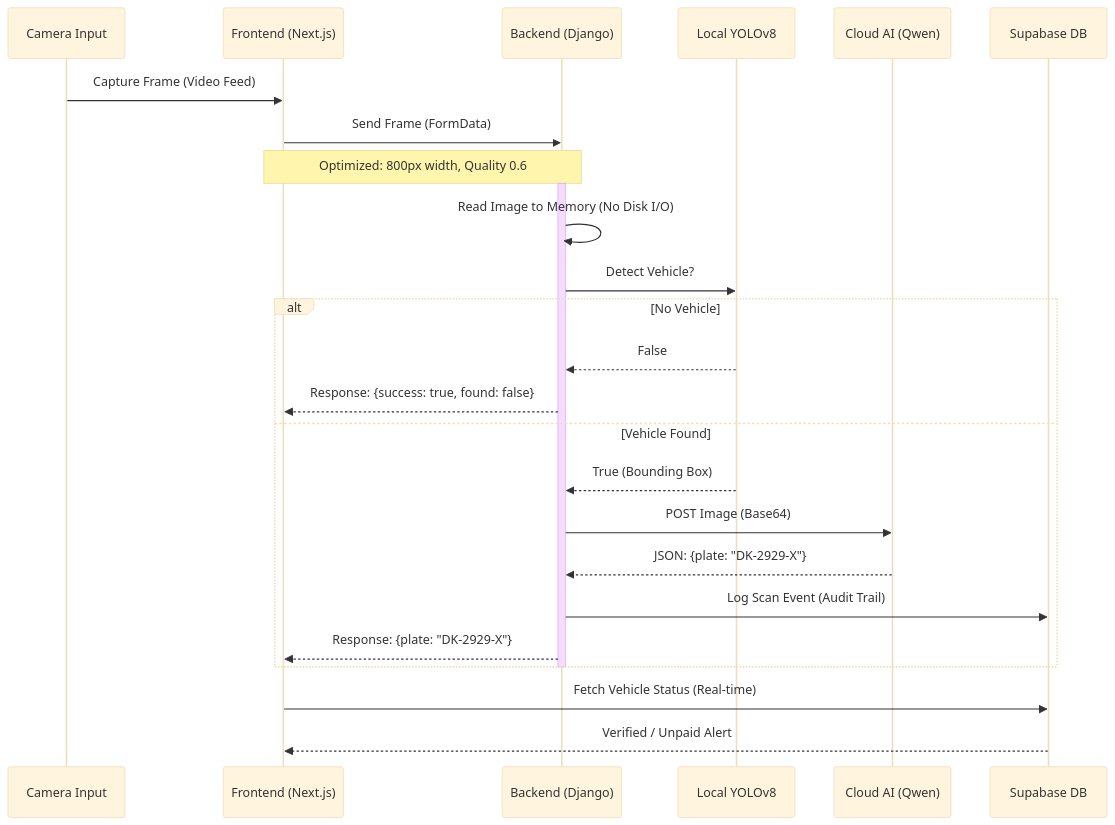
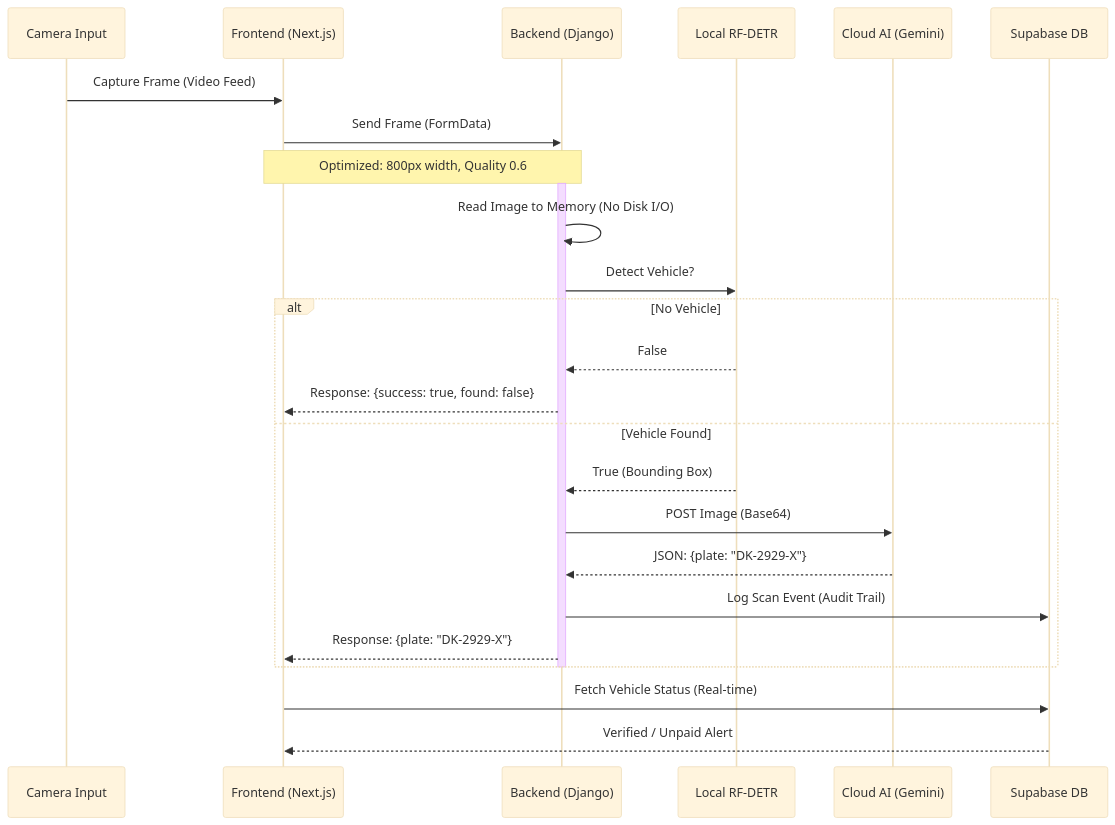
Before and after one commit to utachicodes/taxi-checkpoint-system: the diagram in TECHNICAL_REPORT.md, drawn with Mermaid (base theme). The commit also changed other lines of this file and 105 other files, not shown here.

Commit message:
Refactor LPR application to use Gemini API instead of Qwen3-VL. Update environment variables and configuration settings accordingly. Clean up build manifests and remove unused files. Add metrics state JSON file for tracking processing statistics.

````diff
--- a/TECHNICAL_REPORT.md
+++ b/TECHNICAL_REPORT.md
@@ -62,32 +62,33 @@
 ```mermaid
 sequenceDiagram
     participant Cam as Camera Input
     participant FE as Frontend (Next.js)
     participant BE as Backend (Django)
-    participant YOLO as Local YOLOv8
-    participant Cloud as Cloud AI (Qwen)
+    participant RFDETR as Local RF-DETR
+    participant Gemini as Cloud AI (Gemini)
     participant DB as Supabase DB
 
     Cam->>FE: Capture Frame (Video Feed)
     FE->>BE: Send Frame (FormData)
     Note over FE,BE: Optimized: 800px width, Quality 0.6
     
     activate BE
     BE->>BE: Read Image to Memory (No Disk I/O)
-    BE->>YOLO: Detect Vehicle?
+    BE->>RFDETR: Detect Vehicle?
     
     alt No Vehicle
-        YOLO-->>BE: False
+        RFDETR-->>BE: False
         BE-->>FE: Response: {success: true, found: false}
     else Vehicle Found
-        YOLO-->>BE: True (Bounding Box)
-        BE->>Cloud: POST Image (Base64)
-        Cloud-->>BE: JSON: {plate: "DK-2929-X"}
+        RFDETR-->>BE: True (Bounding Box)
+        BE->>Gemini: POST Image (Base64)
+        Gemini-->>BE: JSON: {plate: "DK-2929-X"}
+
         BE->>DB: Log Scan Event (Audit Trail)
         BE-->>FE: Response: {plate: "DK-2929-X"}
     end
     deactivate BE
 
     FE->>DB: Fetch Vehicle Status (Real-time)
     DB-->>FE: Verified / Unpaid Alert
 ```
````
